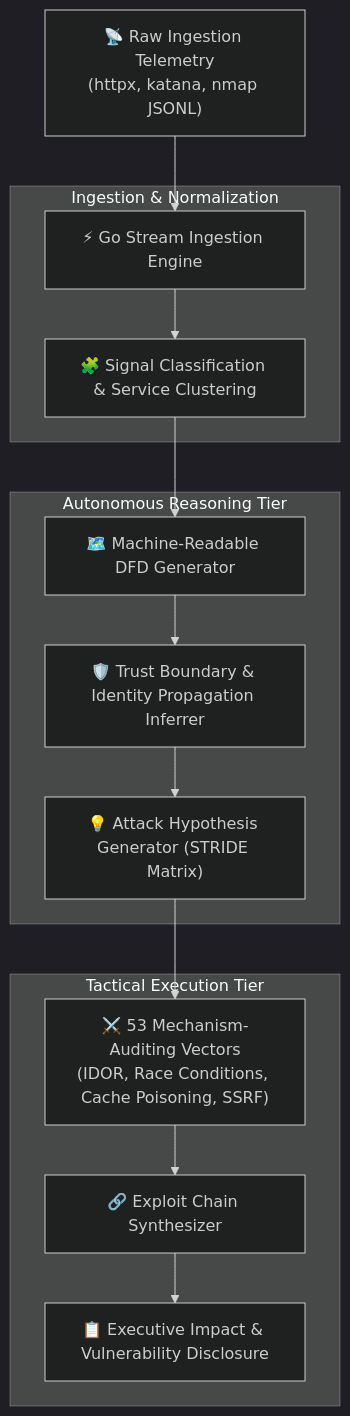
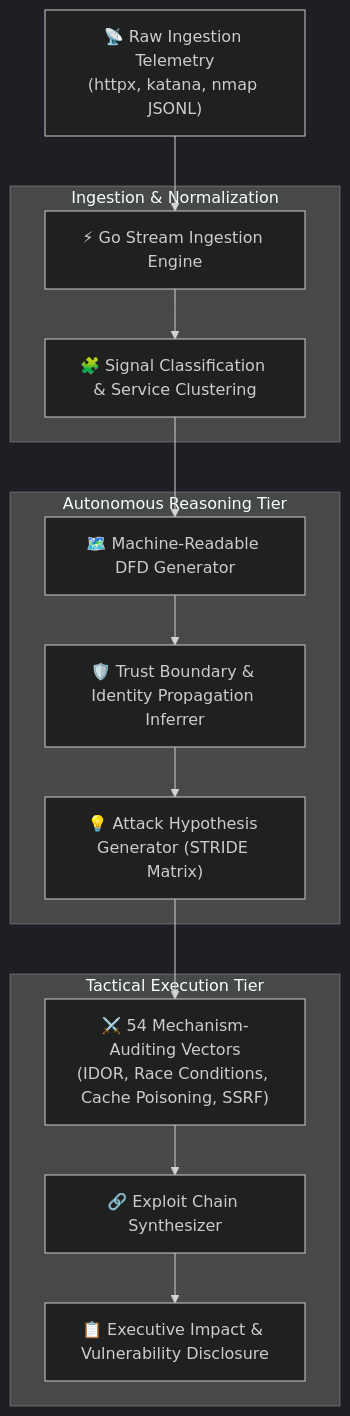
The diagram in README.md (3bkader-gpt/ArchHunter), drawn with Mermaid (dark theme) before and after one commit. The commit also changed other lines of this file and 10 other files, not shown here.

````diff
--- a/README.md
+++ b/README.md
@@ -32,30 +32,30 @@
 ```mermaid
 flowchart TD
     Telemetry["📡 Raw Ingestion Telemetry<br/>(httpx, katana, nmap JSONL)"]
     
     subgraph Ingestion & Normalization
         Parser["⚡ Go Stream Ingestion Engine"]
         SignalCluster["🧩 Signal Classification & Service Clustering"]
     end
     
     subgraph Autonomous Reasoning Tier
         DFDEngine["🗺️ Machine-Readable DFD Generator"]
         TrustBoundary["🛡️ Trust Boundary & Identity Propagation Inferrer"]
         HypothesisEngine["💡 Attack Hypothesis Generator (STRIDE Matrix)"]
     end
     
     subgraph Tactical Execution Tier
-        SkillEngine["⚔️ 53 Mechanism-Auditing Vectors<br/>(IDOR, Race Conditions, Cache Poisoning, SSRF)"]
+        SkillEngine["⚔️ 54 Mechanism-Auditing Vectors<br/>(IDOR, Race Conditions, Cache Poisoning, SSRF)"]
         ChainBuilder["🔗 Exploit Chain Synthesizer"]
         Report["📋 Executive Impact & Vulnerability Disclosure"]
     end
 
     Telemetry --> Parser
     Parser --> SignalCluster
     SignalCluster --> DFDEngine
     DFDEngine --> TrustBoundary
     TrustBoundary --> HypothesisEngine
     HypothesisEngine --> SkillEngine
     SkillEngine --> ChainBuilder
     ChainBuilder --> Report
 ```
````
